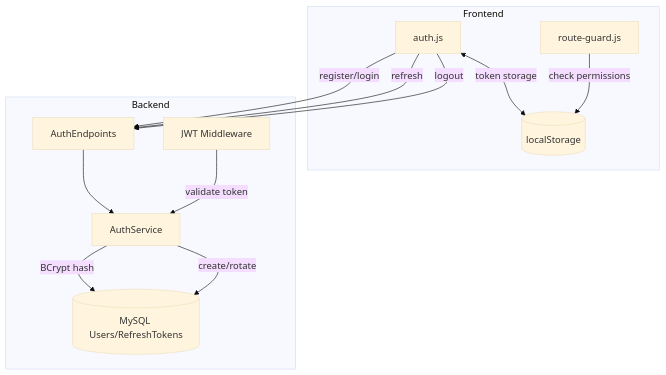
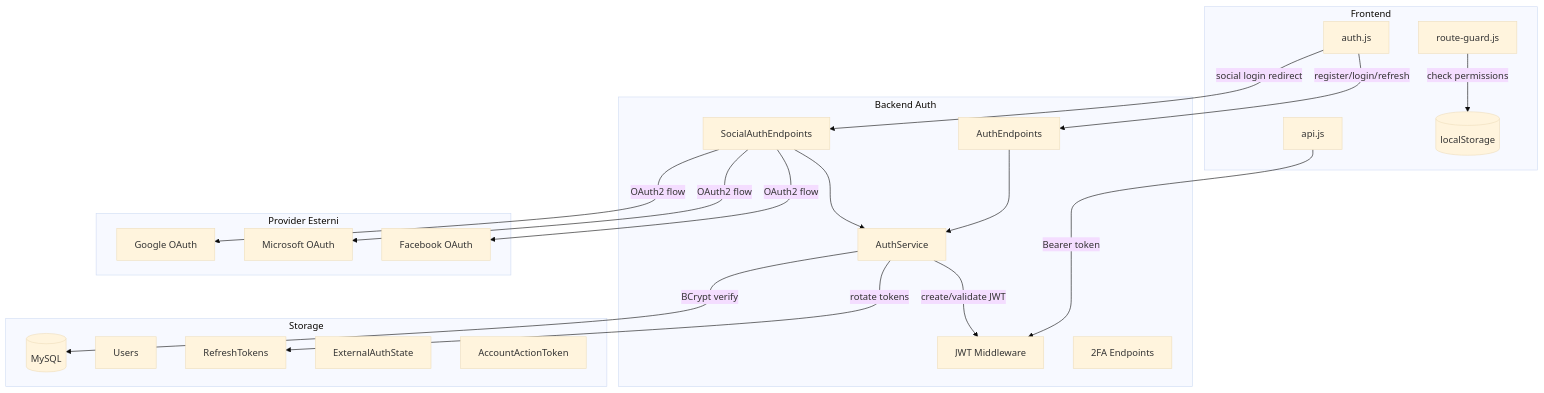
The first of 3 diagrams in film-app-dev_iteration_4/presentazione/03-autenticazione.md (RizzoThomas/esercizioopencodefilm), drawn with Mermaid (base theme) before and after one commit. The commit also changed other lines of this file and 10 other files, not shown here.

Commit message:
docs: enhance presentazione with tables, pie charts, and detailed workflows

````diff
--- a/film-app-dev_iteration_4/presentazione/03-autenticazione.md
+++ b/film-app-dev_iteration_4/presentazione/03-autenticazione.md
@@ -11,26 +23,45 @@
 ```mermaid
 graph TB
     subgraph "Frontend"
-        AUTH_JS[auth.js]
+        AUTH[auth.js]
         RG[route-guard.js]
+        API[api.js]
         LS[(localStorage)]
     end
 
-    subgraph "Backend"
+    subgraph "Backend Auth"
         AE[AuthEndpoints]
         AS[AuthService]
         JWT[JWT Middleware]
-        DB[(MySQL Users/RefreshTokens)]
+        SES[SocialAuthEndpoints]
+        TOTP[2FA Endpoints]
     end
 
-    AUTH_JS -->|register/login| AE
-    AUTH_JS -->|refresh| AE
-    AUTH_JS -->|logout| AE
-    AUTH_JS <-->|token storage| LS
+    subgraph "Storage"
+        DB[(MySQL)]
+        USR[Users]
+        RT[RefreshTokens]
+        EAS[ExternalAuthState]
+        AAT[AccountActionToken]
+    end
+
+    subgraph "Provider Esterni"
+        GOOG[Google OAuth]
+        MSFT[Microsoft OAuth]
+        FB[Facebook OAuth]
+    end
+
+    AUTH -->|register/login/refresh| AE
+    AUTH -->|social login redirect| SES
     RG -->|check permissions| LS
+    API -->|Bearer token| JWT
 
     AE --> AS
-    AS -->|BCrypt hash| DB
-    AS -->|create/rotate| DB
-    JWT -->|validate token| AS
+    SES --> AS
+    AS -->|BCrypt verify| DB
+    AS -->|create/validate JWT| JWT
+    AS -->|rotate tokens| RT
+    SES -->|OAuth2 flow| GOOG
+    SES -->|OAuth2 flow| MSFT
+    SES -->|OAuth2 flow| FB
 ```
````
